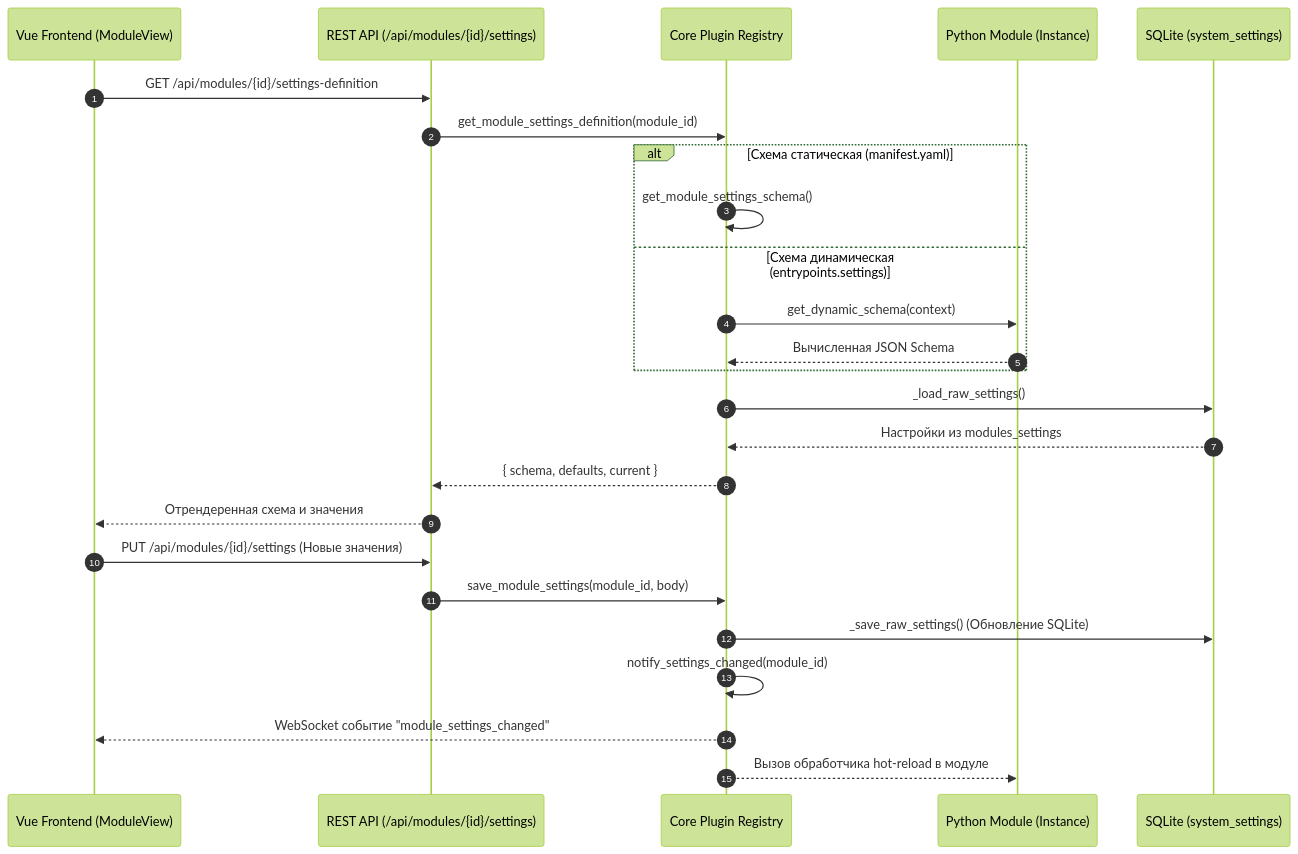
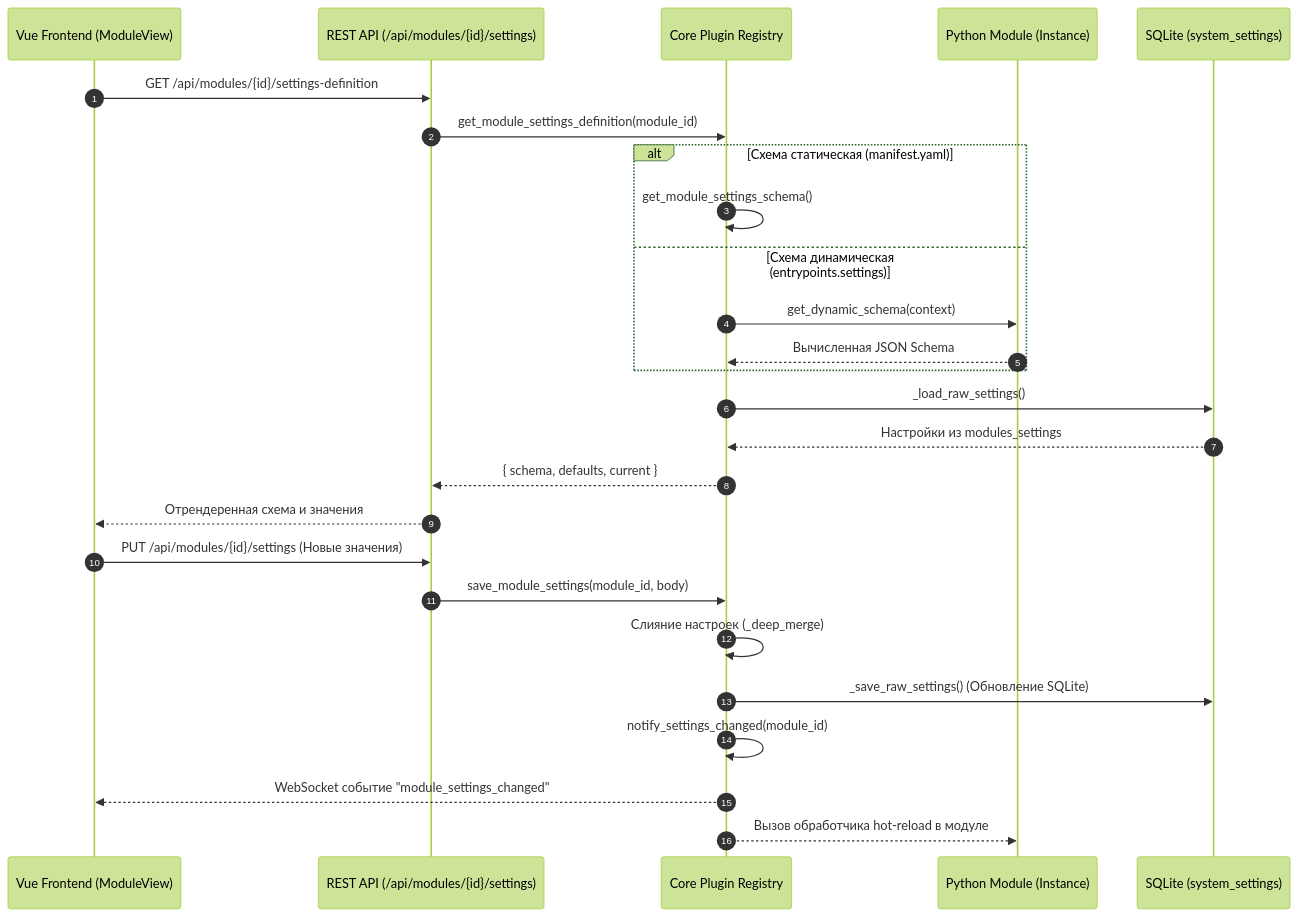
One commit to Apofixc/nms-webui changed the diagram in docs/wiki/03-module-development/05-module-settings.md. Above: the diagram before and after it, drawn with Mermaid (forest theme). The commit also changed other lines of this file, not shown here.

````diff
--- a/docs/wiki/03-module-development/05-module-settings.md
+++ b/docs/wiki/03-module-development/05-module-settings.md
@@ -11,29 +11,30 @@
 ```mermaid
 sequenceDiagram
     autonumber
     participant UI as Vue Frontend (ModuleView)
     participant REST as REST API (/api/modules/{id}/settings)
     participant Reg as Core Plugin Registry
     participant Mod as Python Module (Instance)
     participant DB as SQLite (system_settings)
 
     UI->>REST: GET /api/modules/{id}/settings-definition
     REST->>Reg: get_module_settings_definition(module_id)
     alt Схема статическая (manifest.yaml)
         Reg->>Reg: get_module_settings_schema()
     else Схема динамическая (entrypoints.settings)
         Reg->>Mod: get_dynamic_schema(context)
         Mod-->>Reg: Вычисленная JSON Schema
     end
     Reg->>DB: _load_raw_settings()
     DB-->>Reg: Настройки из modules_settings
     Reg-->>REST: { schema, defaults, current }
     REST-->>UI: Отрендеренная схема и значения
 
     UI->>REST: PUT /api/modules/{id}/settings (Новые значения)
     REST->>Reg: save_module_settings(module_id, body)
+    Reg->>Reg: Слияние настроек (_deep_merge)
     Reg->>DB: _save_raw_settings() (Обновление SQLite)
     Reg->>Reg: notify_settings_changed(module_id)
     Reg-->>UI: WebSocket событие "module_settings_changed"
     Reg-->>Mod: Вызов обработчика hot-reload в модуле
 ```
````
